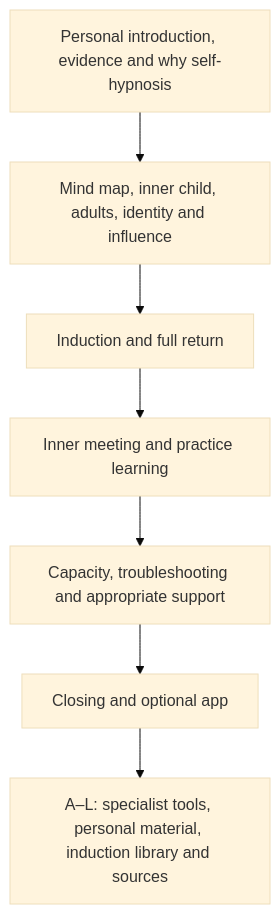
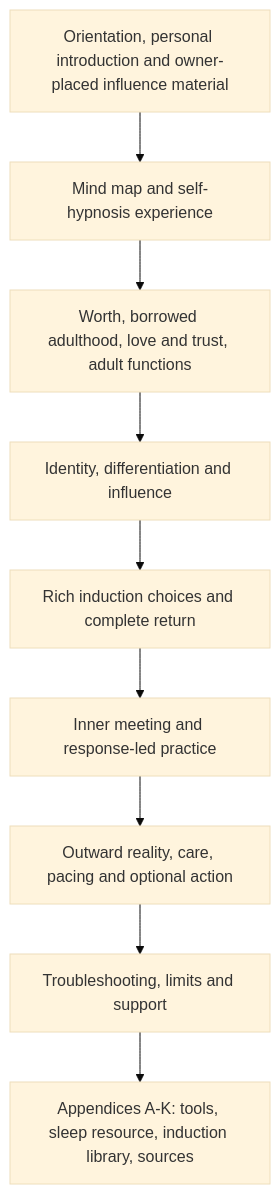
Before and after one commit to u-dont-existDOTcom/joel-articles: the first of 2 diagrams in articles/inner-signal/ARCHITECTURE.md, drawn with Mermaid (base theme). The commit also changed other lines of this file and 47 other files, not shown here.

Commit message:
Synchronize hypnosis r03 with current inner-child guide and preserve exact owner HTML

````diff
--- a/articles/inner-signal/ARCHITECTURE.md
+++ b/articles/inner-signal/ARCHITECTURE.md
@@ -9,9 +7,11 @@
 ```mermaid
 flowchart TD
-  intro["Personal introduction, evidence and why self-hypnosis"] --> relationship["Mind map, inner child, adults, identity and influence"]
-  relationship --> induction["Induction and full return"]
-  induction --> meeting["Inner meeting and practice learning"]
-  meeting --> care["Capacity, troubleshooting and appropriate support"]
-  care --> closing["Closing and optional app"]
-  closing --> appendices["A–L: specialist tools, personal material, induction library and sources"]
+  orientation["Orientation, personal introduction and owner-placed influence material"] --> mind["Mind map and self-hypnosis experience"]
+  mind --> child["Worth, borrowed adulthood, love and trust, adult functions"]
+  child --> identity["Identity, differentiation and influence"]
+  identity --> entry["Rich induction choices and complete return"]
+  entry --> practice["Inner meeting and response-led practice"]
+  practice --> reality["Outward reality, care, pacing and optional action"]
+  reality --> support["Troubleshooting, limits and support"]
+  support --> tools["Appendices A-K: tools, sleep resource, induction library, sources"]
 ```
````
